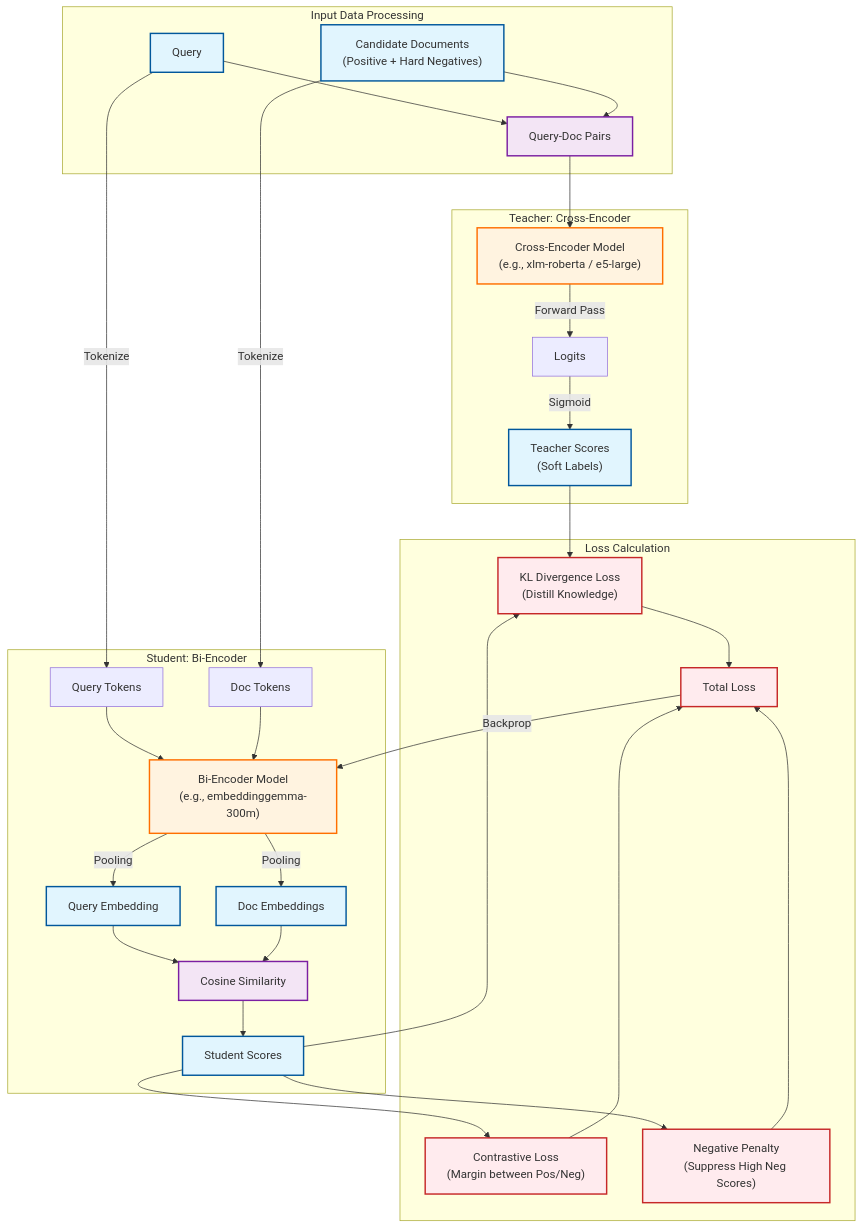
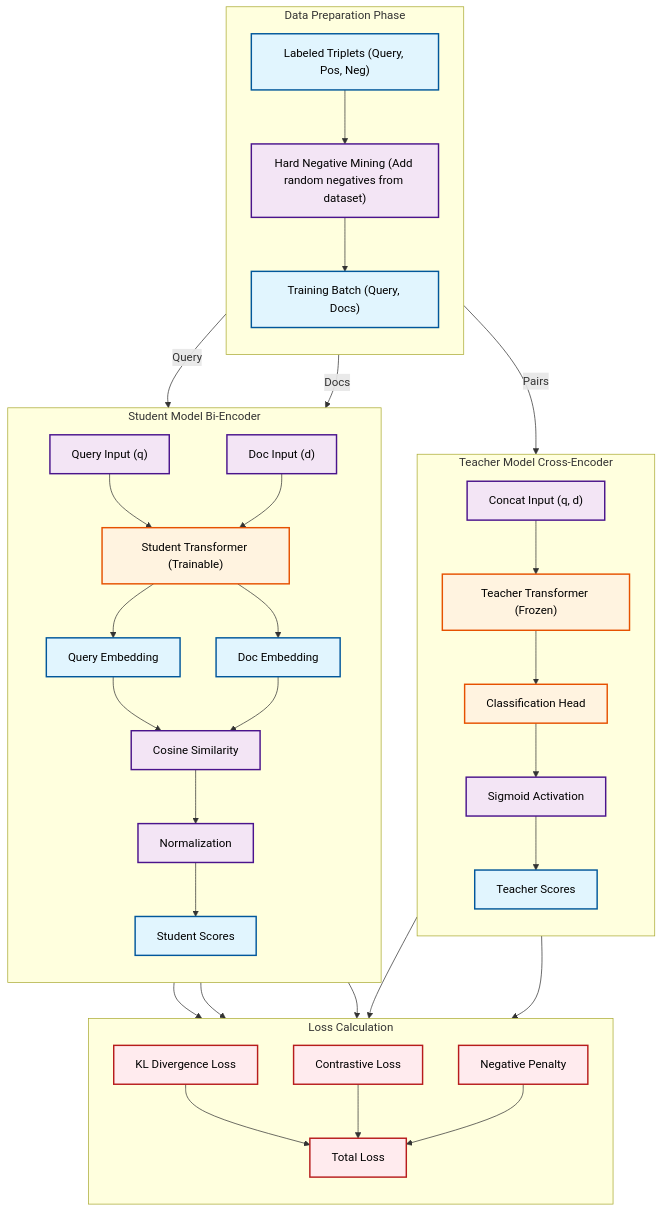
Before and after one commit to KeonhoChu/cross-encoder-distillation: the diagram in README.md, drawn with Mermaid. The commit also changed other lines of this file, not shown here.

````diff
--- a/README.md
+++ b/README.md
@@ -4,54 +4,84 @@
 ```mermaid
-flowchart TD
+graph TD
     %% Styles
-    classDef data fill:#e1f5fe,stroke:#01579b,stroke-width:2px;
-    classDef model fill:#fff3e0,stroke:#ff6f00,stroke-width:2px;
-    classDef process fill:#f3e5f5,stroke:#7b1fa2,stroke-width:2px;
-    classDef loss fill:#ffebee,stroke:#c62828,stroke-width:2px;
+    classDef data fill:#e1f5fe,stroke:#01579b,stroke-width:2px,color:black;
+    classDef model fill:#fff3e0,stroke:#e65100,stroke-width:2px,color:black;
+    classDef process fill:#f3e5f5,stroke:#4a148c,stroke-width:2px,color:black;
+    classDef loss fill:#ffebee,stroke:#b71c1c,stroke-width:2px,color:black;
 
-    %% Data Input
-    subgraph Input_Data [Input Data Processing]
-        Q["Query"]:::data
-        Docs["Candidate Documents<br/>(Positive + Hard Negatives)"]:::data
-        Q --> Pairs
-        Docs --> Pairs
-        Pairs["Query-Doc Pairs"]:::process
+    %% Data Preparation
+    subgraph DataPrep [Data Preparation Phase]
+        direction TB
+        RawData["Labeled Triplets (Query, Pos, Neg)"]:::data
+        HN_Mining["Hard Negative Mining (Add random negatives from dataset)"]:::process
+        BatchData["Training Batch (Query, Docs)"]:::data
+        
+        RawData --> HN_Mining
+        HN_Mining --> BatchData
     end
 
-    %% Teacher Model (Cross-Encoder)
-    subgraph Teacher_Branch [Teacher: Cross-Encoder]
-        CE["Cross-Encoder Model<br/>(e.g., xlm-roberta / e5-large)"]:::model
-        Pairs --> CE
-        CE --> |Forward Pass| Logits
-        Logits --> |Sigmoid| T_Scores["Teacher Scores<br/>(Soft Labels)"]:::data
+    %% Teacher Model
+    subgraph Teacher [Teacher Model Cross-Encoder]
+        direction TB
+        T_Input["Concat Input (q, d)"]:::process
+        T_Encoder["Teacher Transformer (Frozen)"]:::model
+        T_Head["Classification Head"]:::model
+        T_Sigmoid["Sigmoid Activation"]:::process
+        T_Scores["Teacher Scores"]:::data
+        
+        BatchData -- Pairs --> T_Input
+        T_Input --> T_Encoder
+        T_Encoder --> T_Head
+        T_Head --> T_Sigmoid
+        T_Sigmoid --> T_Scores
     end
 
-    %% Student Model (Bi-Encoder)
-    subgraph Student_Branch [Student: Bi-Encoder]
-        BE["Bi-Encoder Model<br/>(e.g., embeddinggemma-300m)"]:::model
-        Q --> |Tokenize| Q_Tok["Query Tokens"]
-        Docs --> |Tokenize| D_Tok["Doc Tokens"]
+    %% Student Model
+    subgraph Student [Student Model Bi-Encoder]
+        direction TB
+        S_Q_Input["Query Input (q)"]:::process
+        S_D_Input["Doc Input (d)"]:::process
+        S_Encoder["Student Transformer (Trainable)"]:::model
         
-        Q_Tok --> BE
-        D_Tok --> BE
+        S_Q_Emb["Query Embedding"]:::data
+        S_D_Emb["Doc Embedding"]:::data
         
-        BE --> |Pooling| Q_Emb["Query Embedding"]:::data
-        BE --> |Pooling| D_Emb["Doc Embeddings"]:::data
+        S_CosSim["Cosine Similarity"]:::process
+        S_Norm["Normalization"]:::process
+        S_Scores["Student Scores"]:::data
+
+        BatchData -- Query --> S_Q_Input
+        BatchData -- Docs --> S_D_Input
         
-        Q_Emb & D_Emb --> CosSim["Cosine Similarity"]:::process
-        CosSim --> S_Scores["Student Scores"]:::data
+        S_Q_Input --> S_Encoder
+        S_D_Input --> S_Encoder
+        
+        S_Encoder --> S_Q_Emb
+        S_Encoder --> S_D_Emb
+        
+        S_Q_Emb --> S_CosSim
+        S_D_Emb --> S_CosSim
+        S_CosSim --> S_Norm
+        S_Norm --> S_Scores
     end
 
-    %% Loss Calculation
-    subgraph Loss_Function [Loss Calculation]
-        T_Scores & S_Scores --> KL["KL Divergence Loss<br/>(Distill Knowledge)"]:::loss
-        
-        S_Scores --> Contrastive["Contrastive Loss<br/>(Margin between Pos/Neg)"]:::loss
-        
-        S_Scores --> NegPenalty["Negative Penalty<br/>(Suppress High Neg Scores)"]:::loss
-        
-        KL & Contrastive & NegPenalty --> TotalLoss["Total Loss"]:::loss
+    %% Loss
+    subgraph Loss [Loss Calculation]
+        direction TB
+        KL_Loss["KL Divergence Loss"]:::loss
+        Contrastive_Loss["Contrastive Loss"]:::loss
+        Neg_Penalty["Negative Penalty"]:::loss
+        Total_Loss["Total Loss"]:::loss
     end
 
-    TotalLoss --> |Backprop| BE
+    T_Scores --> KL_Loss
+    S_Scores --> KL_Loss
+    
+    T_Scores --> Contrastive_Loss
+    S_Scores --> Contrastive_Loss
+    S_Scores --> Neg_Penalty
+    
+    KL_Loss --> Total_Loss
+    Contrastive_Loss --> Total_Loss
+    Neg_Penalty --> Total_Loss
 ```
````
